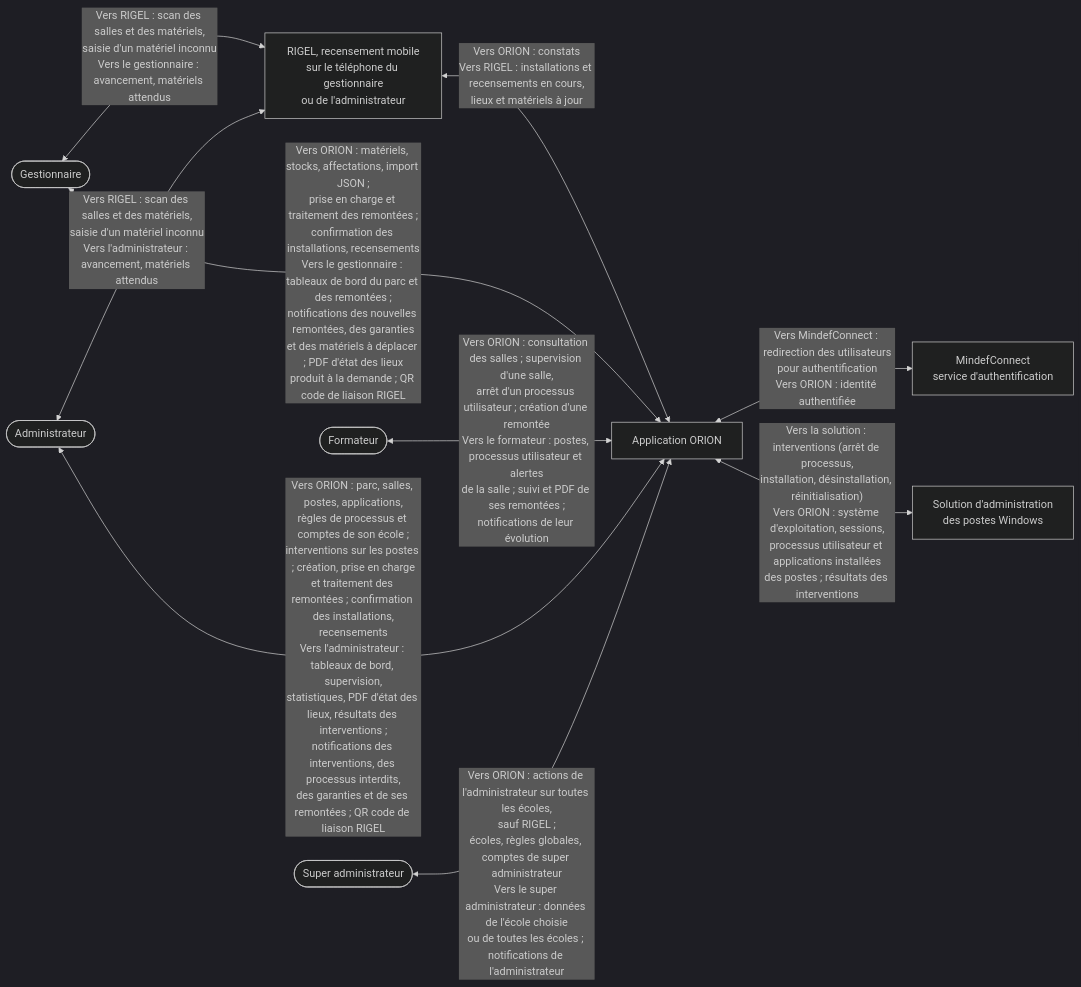
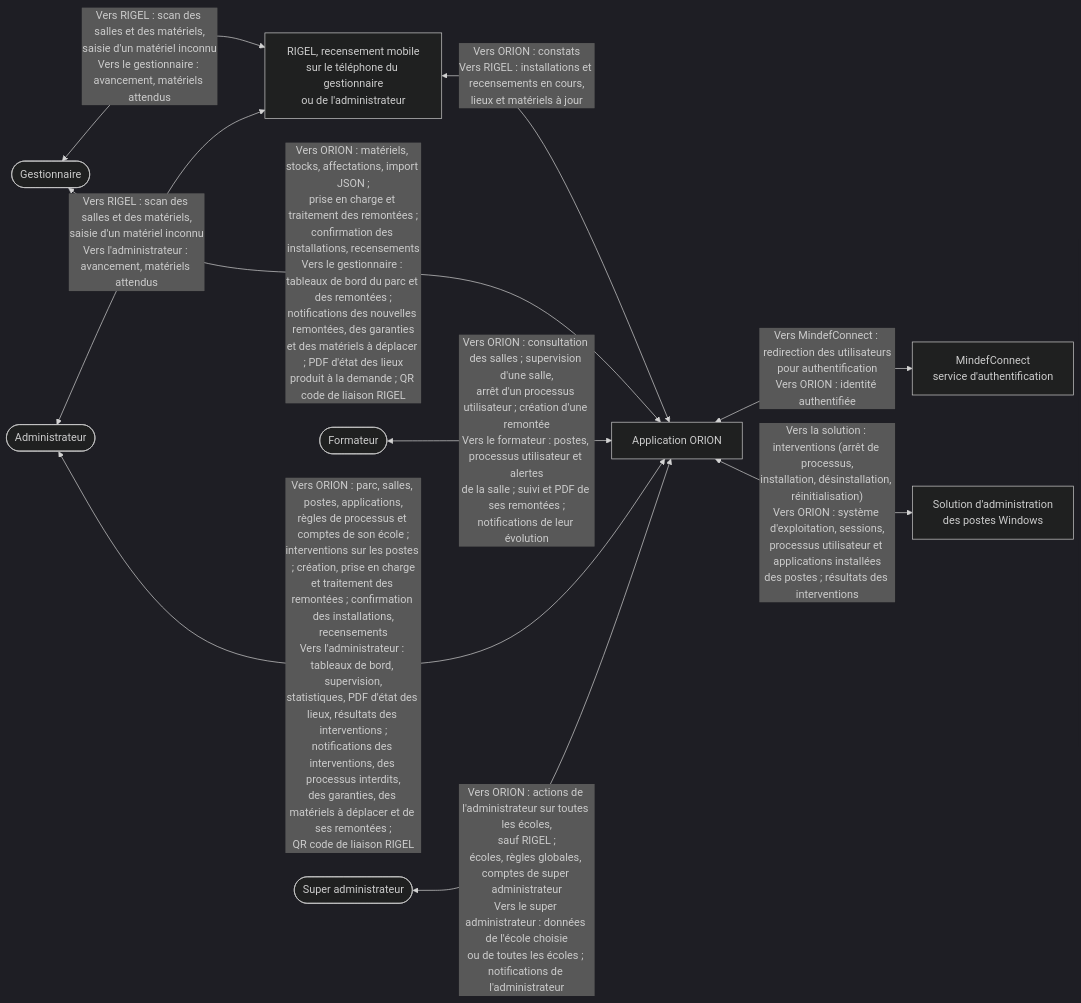
The diagram in docs/02-ANALYSE/01-MODELISATION-METIER/01-DIAGRAMME-CONTEXTE.md (bpierrelouis/aster), drawn with Mermaid (dark theme) before and after one commit. The commit also changed other lines of this file and 34 other files, not shown here.

First line of the commit message:
docs(diagrammes): aligner les diagrammes UML sur le code et les remettre en page

````diff
--- a/docs/02-ANALYSE/01-MODELISATION-METIER/01-DIAGRAMME-CONTEXTE.md
+++ b/docs/02-ANALYSE/01-MODELISATION-METIER/01-DIAGRAMME-CONTEXTE.md
@@ -9,23 +9,23 @@
 ```mermaid
 flowchart LR
     gestionnaire(["Gestionnaire"])
     formateur(["Formateur"])
     administrateur(["Administrateur"])
     superadmin(["Super administrateur"])
     telephone["RIGEL, recensement mobile<br/>sur le téléphone du gestionnaire<br/>ou de l'administrateur"]
     orion["Application ORION"]
     mindefconnect["MindefConnect<br/>service d'authentification"]
     administrationPostes["Solution d'administration<br/>des postes Windows"]
 
     gestionnaire <-->|"Vers RIGEL : scan des salles et des matériels,<br/>saisie d'un matériel inconnu<br/>Vers le gestionnaire : avancement, matériels attendus"| telephone
     administrateur <-->|"Vers RIGEL : scan des salles et des matériels,<br/>saisie d'un matériel inconnu<br/>Vers l'administrateur : avancement, matériels attendus"| telephone
     telephone <-->|"Vers ORION : constats<br/>Vers RIGEL : installations et recensements en cours,<br/>lieux et matériels à jour"| orion
 
     gestionnaire <-->|"Vers ORION : matériels, stocks, affectations, import JSON ;<br/>prise en charge et traitement des remontées ;<br/>confirmation des installations, recensements<br/>Vers le gestionnaire : tableaux de bord du parc et des remontées ;<br/>notifications des nouvelles remontées, des garanties<br/>et des matériels à déplacer ; PDF d'état des lieux<br/>produit à la demande ; QR code de liaison RIGEL"| orion
     formateur <-->|"Vers ORION : consultation des salles ; supervision d'une salle,<br/>arrêt d'un processus utilisateur ; création d'une remontée<br/>Vers le formateur : postes, processus utilisateur et alertes<br/>de la salle ; suivi et PDF de ses remontées ;<br/>notifications de leur évolution"| orion
-    administrateur <-->|"Vers ORION : parc, salles, postes, applications,<br/>règles de processus et comptes de son école ;<br/>interventions sur les postes ; création, prise en charge<br/>et traitement des remontées ; confirmation des installations,<br/>recensements<br/>Vers l'administrateur : tableaux de bord, supervision,<br/>statistiques, PDF d'état des lieux, résultats des interventions ;<br/>notifications des interventions, des processus interdits,<br/>des garanties et de ses remontées ; QR code de liaison RIGEL"| orion
+    administrateur <-->|"Vers ORION : parc, salles, postes, applications,<br/>règles de processus et comptes de son école ;<br/>interventions sur les postes ; création, prise en charge<br/>et traitement des remontées ; confirmation des installations,<br/>recensements<br/>Vers l'administrateur : tableaux de bord, supervision,<br/>statistiques, PDF d'état des lieux, résultats des interventions ;<br/>notifications des interventions, des processus interdits,<br/>des garanties, des matériels à déplacer et de ses remontées ;<br/>QR code de liaison RIGEL"| orion
     superadmin <-->|"Vers ORION : actions de l'administrateur sur toutes les écoles,<br/>sauf RIGEL ;<br/>écoles, règles globales, comptes de super administrateur<br/>Vers le super administrateur : données de l'école choisie<br/>ou de toutes les écoles ; notifications de l'administrateur"| orion
 
     orion <-->|"Vers MindefConnect : redirection des utilisateurs<br/>pour authentification<br/>Vers ORION : identité authentifiée"| mindefconnect
     orion <-->|"Vers la solution : interventions (arrêt de processus,<br/>installation, désinstallation, réinitialisation)<br/>Vers ORION : système d'exploitation, sessions,<br/>processus utilisateur et applications installées<br/>des postes ; résultats des interventions"| administrationPostes
 ```
````
